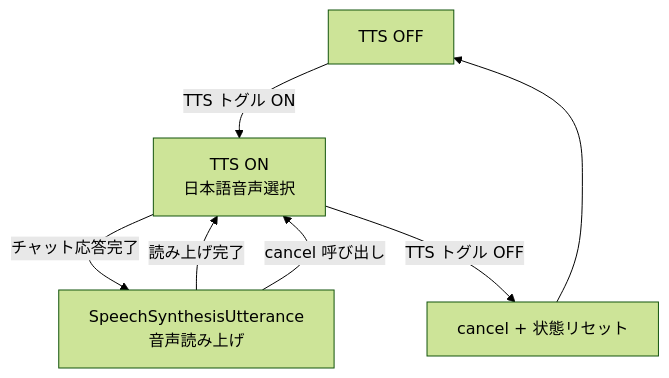
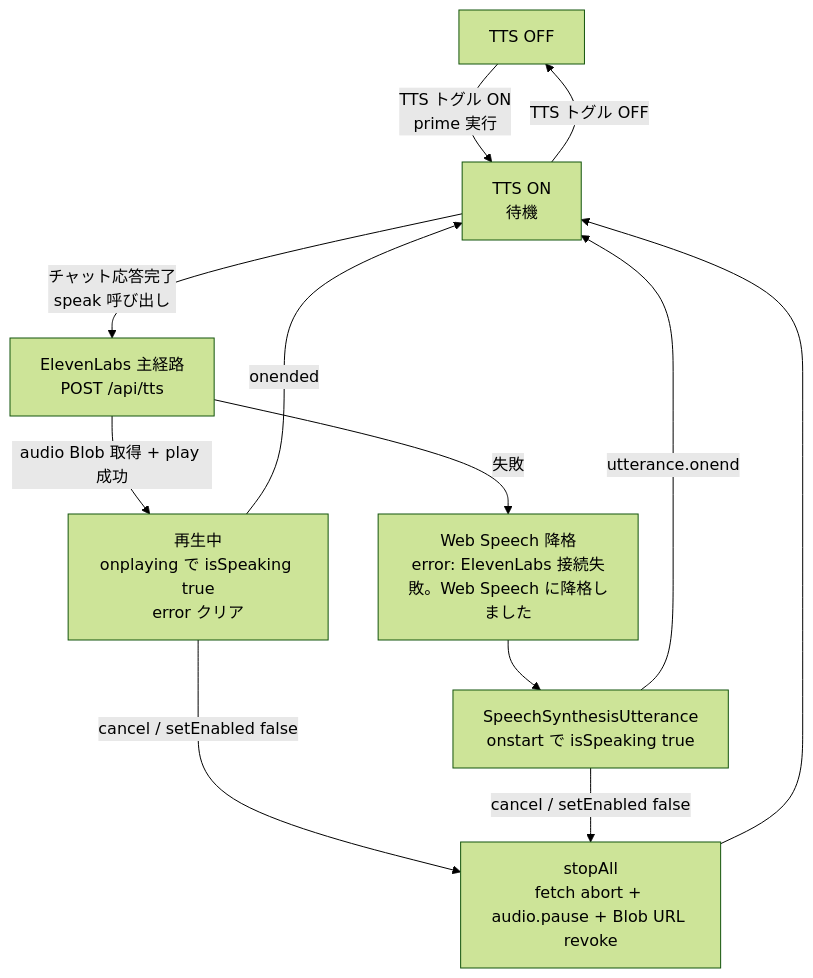
Diagram 41 of 44 in devtools/frontend/docs/screen-flow.md (nyan-tama/Ghostrunner), drawn with Mermaid (forest theme) before and after one commit. The commit also changed other lines of this file and 31 other files, not shown here.

````diff
--- a/devtools/frontend/docs/screen-flow.md
+++ b/devtools/frontend/docs/screen-flow.md
@@ -1054,9 +1058,14 @@
 ```mermaid
 flowchart TD
-    A[TTS OFF] -->|TTS トグル ON| B[TTS ON<br>日本語音声選択]
-    B -->|チャット応答完了| C[SpeechSynthesisUtterance<br>音声読み上げ]
-    C -->|読み上げ完了| B
-    C -->|cancel 呼び出し| B
-    B -->|TTS トグル OFF| D[cancel + 状態リセット]
-    D --> A
+    A[TTS OFF] -->|TTS トグル ON<br>prime 実行| B[TTS ON<br>待機]
+    B -->|チャット応答完了<br>speak 呼び出し| C["ElevenLabs 主経路<br>POST /api/tts"]
+    C -->|"audio Blob 取得 + play 成功"| D["再生中<br>onplaying で isSpeaking true<br>error クリア"]
+    C -->|失敗| F["Web Speech 降格<br>error: ElevenLabs 接続失敗。Web Speech に降格しました"]
+    F --> G["SpeechSynthesisUtterance<br>onstart で isSpeaking true"]
+    D -->|onended| B
+    G -->|utterance.onend| B
+    D -->|"cancel / setEnabled false"| H["stopAll<br>fetch abort + audio.pause + Blob URL revoke"]
+    G -->|"cancel / setEnabled false"| H
+    H --> B
+    B -->|TTS トグル OFF| A
 ```
````
